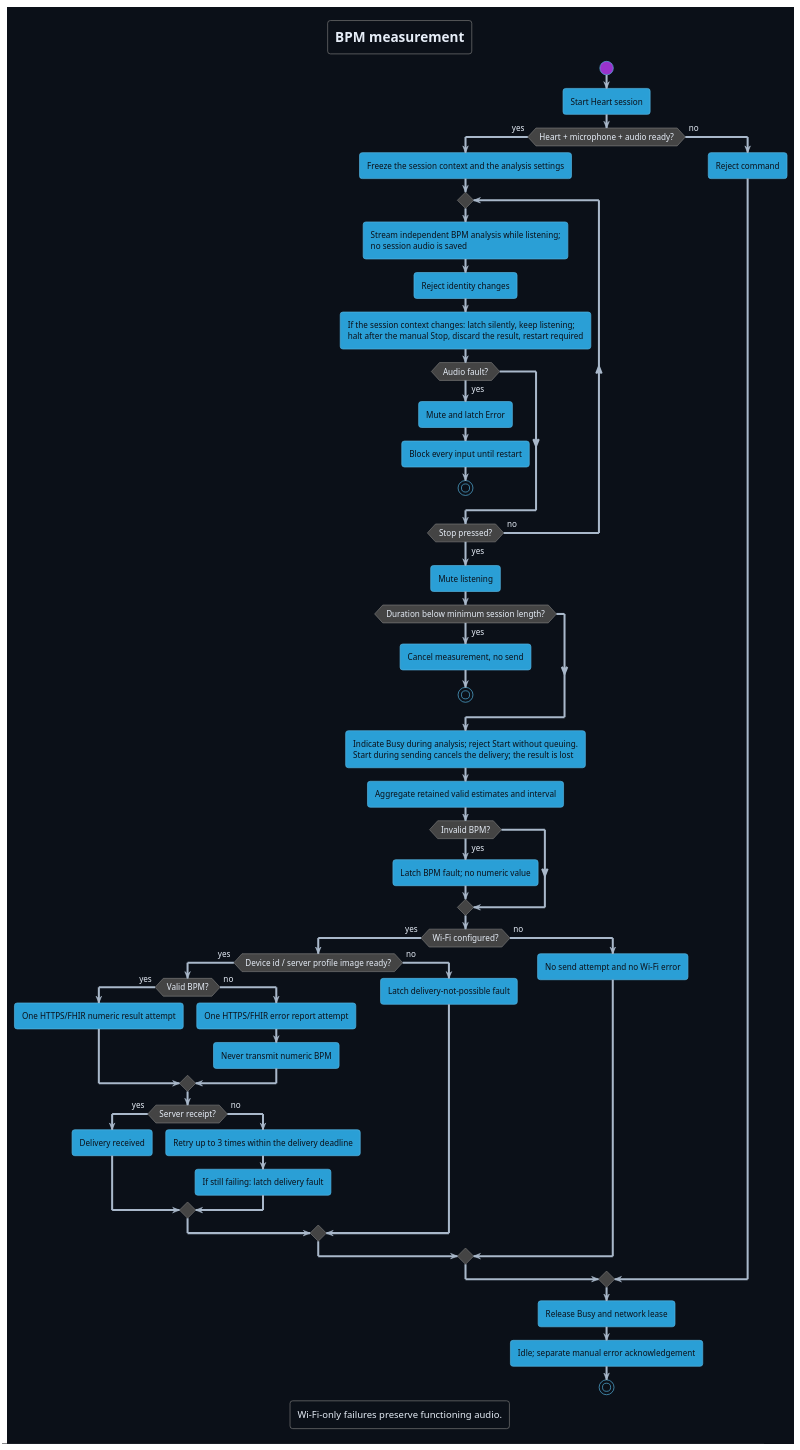
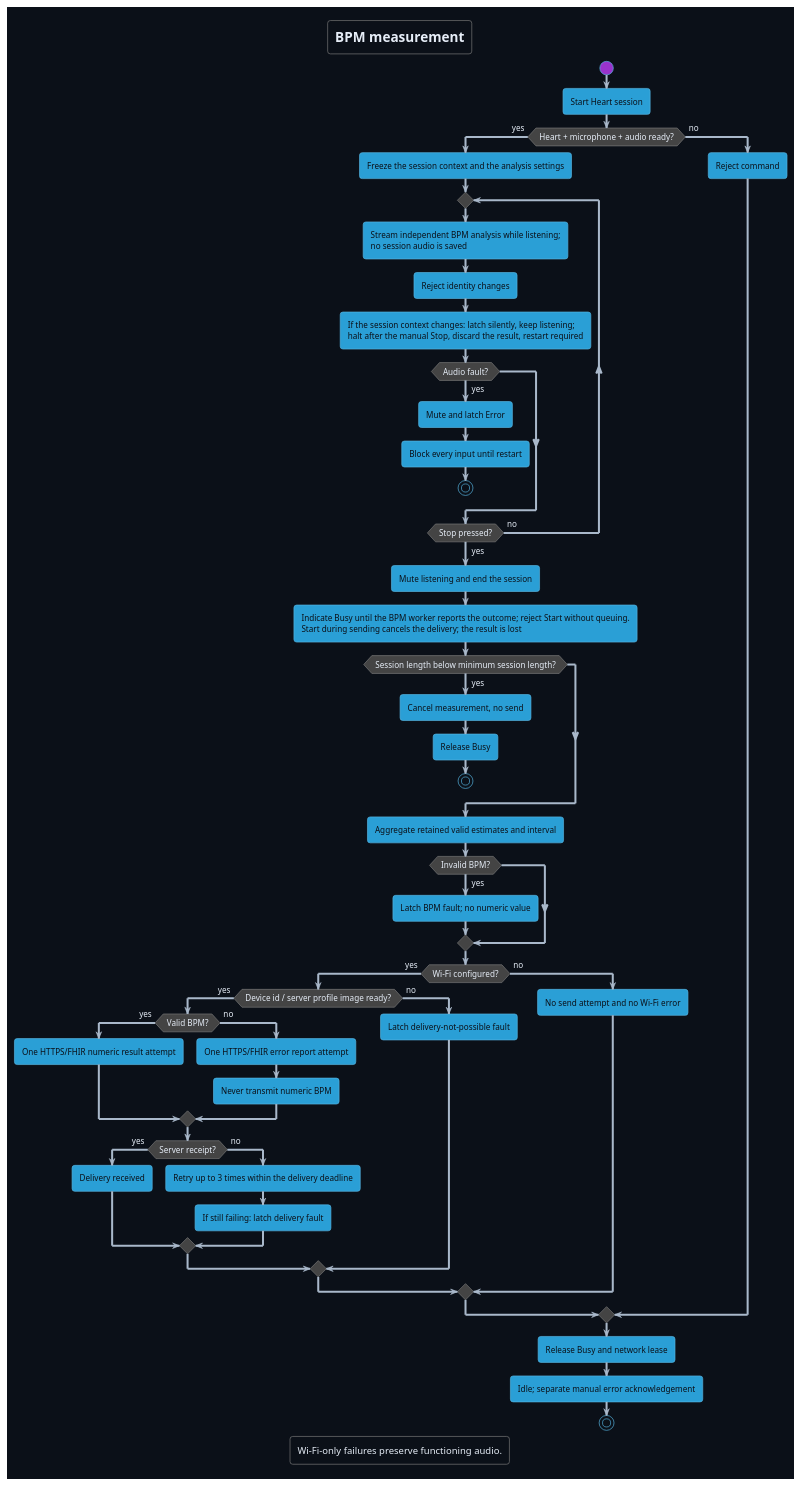
The diagram in Development/system/architecture/system/puml/measurement-workflow.puml (DemonicPsychoII/DigitalStethoscope), drawn with PlantUML before and after one commit. The commit also changed 3 other files, not shown here.

First line of the commit message:
documentation: keep the session length and outcome when blocks or events are dropped

```diff
--- a/Development/system/architecture/system/puml/measurement-workflow.puml
+++ b/Development/system/architecture/system/puml/measurement-workflow.puml
@@ -1,66 +1,67 @@
 @startuml measurement_workflow
 !theme cyborg
 skinparam shadowing false
 skinparam defaultFontName SansSerif
 skinparam backgroundColor #0b1018
 skinparam defaultFontColor #e6edf7
 skinparam ArrowColor #a9b8ca
 skinparam activity {
  FontColor #0b1018
  DiamondFontColor #e6edf7
 }
 title BPM measurement
 start
 :Start Heart session;
 if (Heart + microphone + audio ready?) then (yes)
  :Freeze the session context and the analysis settings;
  repeat
   :Stream independent BPM analysis while listening;\nno session audio is saved;
   :Reject identity changes;
   :If the session context changes: latch silently, keep listening;\nhalt after the manual Stop, discard the result, restart required;
   if (Audio fault?) then (yes)
    :Mute and latch Error;
    :Block every input until restart;
    stop
   endif
  repeat while (Stop pressed?) is (no) not (yes)
- :Mute listening;
- if (Duration below minimum session length?) then (yes)
+ :Mute listening and end the session;
+ :Indicate Busy until the BPM worker reports the outcome; reject Start without queuing.\nStart during sending cancels the delivery; the result is lost;
+ if (Session length below minimum session length?) then (yes)
   :Cancel measurement, no send;
+  :Release Busy;
   stop
  endif
- :Indicate Busy during analysis; reject Start without queuing.\nStart during sending cancels the delivery; the result is lost;
  :Aggregate retained valid estimates and interval;
  if (Invalid BPM?) then (yes)
   :Latch BPM fault; no numeric value;
  endif
  if (Wi-Fi configured?) then (yes)
   if (Device id / server profile image ready?) then (yes)
    if (Valid BPM?) then (yes)
     :One HTTPS/FHIR numeric result attempt;
    else (no)
     :One HTTPS/FHIR error report attempt;
     :Never transmit numeric BPM;
    endif
    if (Server receipt?) then (yes)
     :Delivery received;
    else (no)
     :Retry up to 3 times within the delivery deadline;
     :If still failing: latch delivery fault;
    endif
   else (no)
    :Latch delivery-not-possible fault;
   endif
  else (no)
   :No send attempt and no Wi-Fi error;
  endif
 else (no)
  :Reject command;
 endif
 :Release Busy and network lease;
 :Idle; separate manual error acknowledgement;
 stop
 legend bottom
   Wi-Fi-only failures preserve functioning audio.
 endlegend
 @enduml
```
